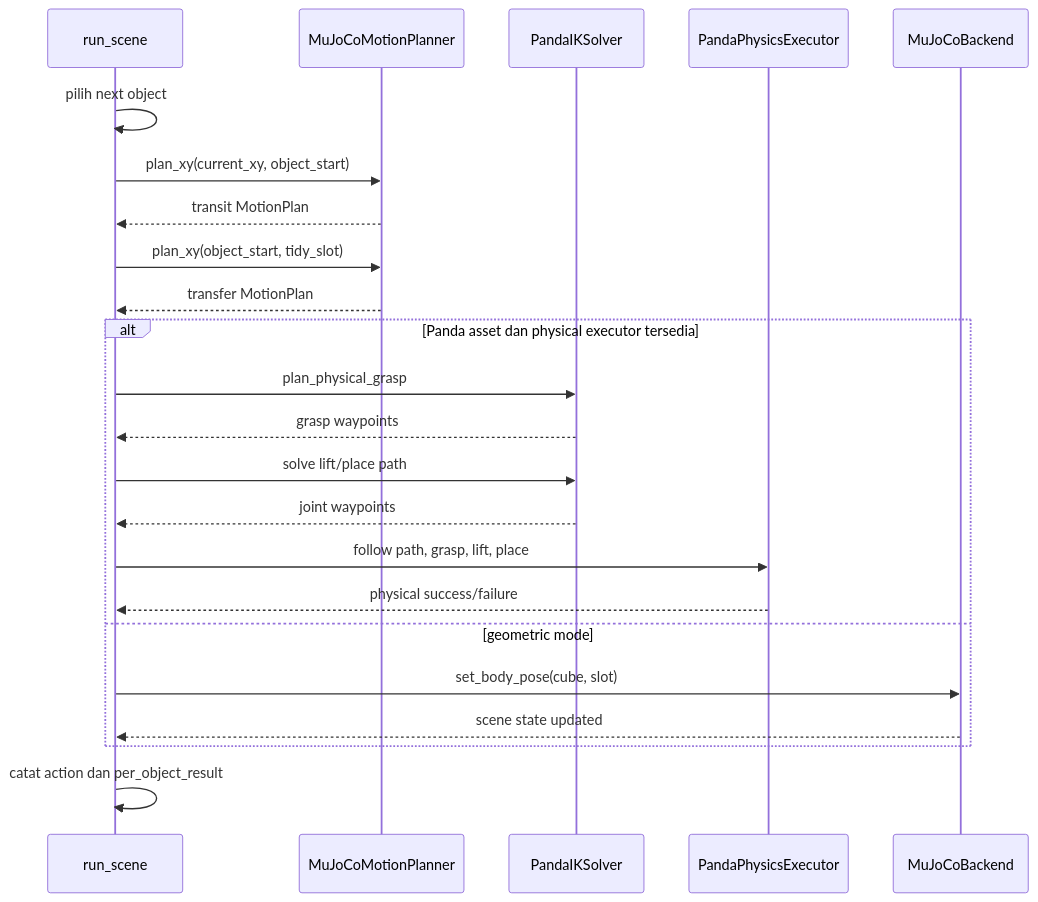
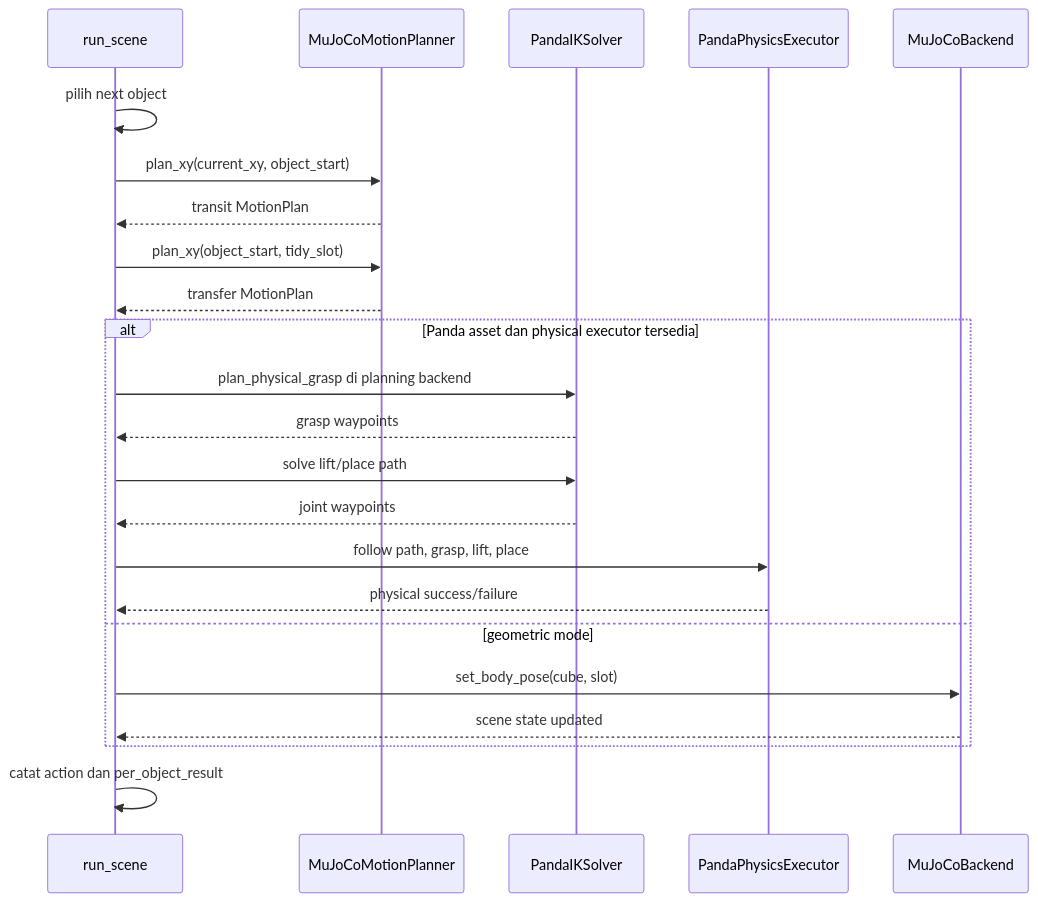
Before and after one commit to rafasoelistiono/MVP-CTAMP-ROBOT3: the fourth of 6 diagrams in README.md, drawn with Mermaid. The commit also changed other lines of this file and 4 other files, not shown here.

````diff
--- a/README.md
+++ b/README.md
@@ -142,26 +146,26 @@
 ```mermaid
 sequenceDiagram
     participant R as run_scene
     participant P as MuJoCoMotionPlanner
     participant IK as PandaIKSolver
     participant X as PandaPhysicsExecutor
     participant B as MuJoCoBackend
 
     R->>R: pilih next object
     R->>P: plan_xy(current_xy, object_start)
     P-->>R: transit MotionPlan
     R->>P: plan_xy(object_start, tidy_slot)
     P-->>R: transfer MotionPlan
     alt Panda asset dan physical executor tersedia
-        R->>IK: plan_physical_grasp
+        R->>IK: plan_physical_grasp di planning backend
         IK-->>R: grasp waypoints
         R->>IK: solve lift/place path
         IK-->>R: joint waypoints
         R->>X: follow path, grasp, lift, place
         X-->>R: physical success/failure
     else geometric mode
         R->>B: set_body_pose(cube, slot)
         B-->>R: scene state updated
     end
     R->>R: catat action dan per_object_result
 ```
````
